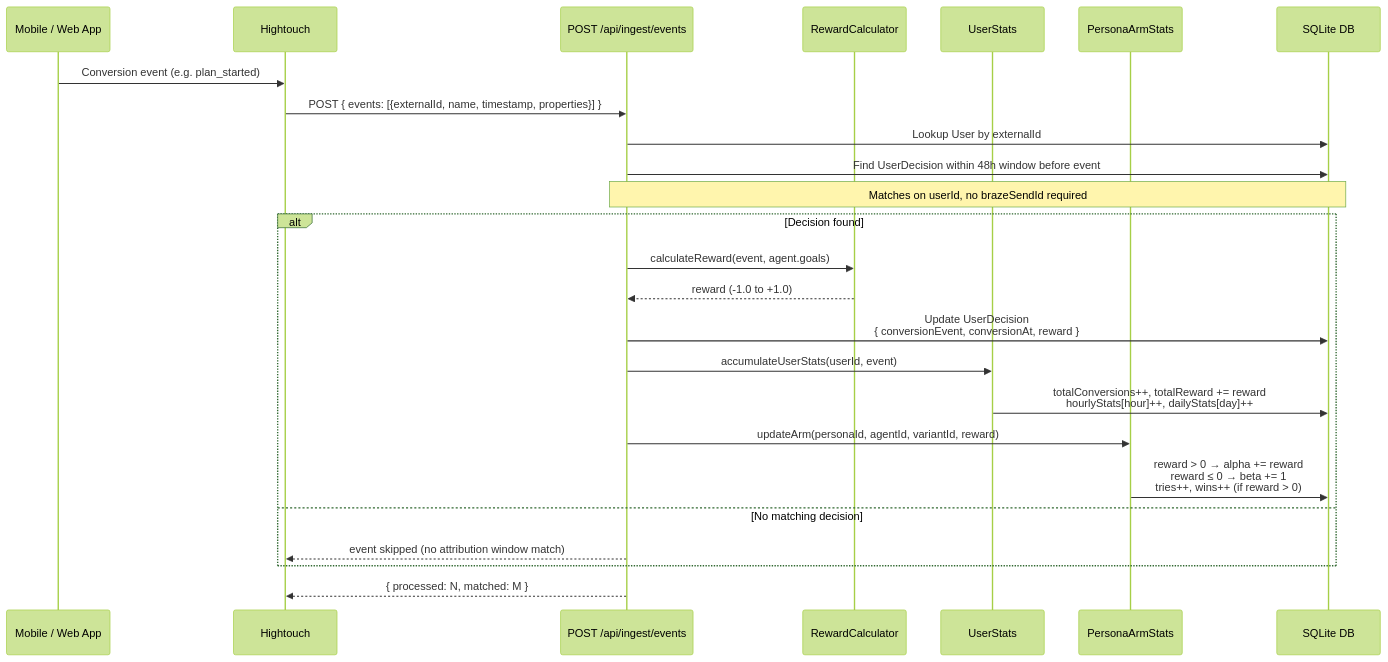
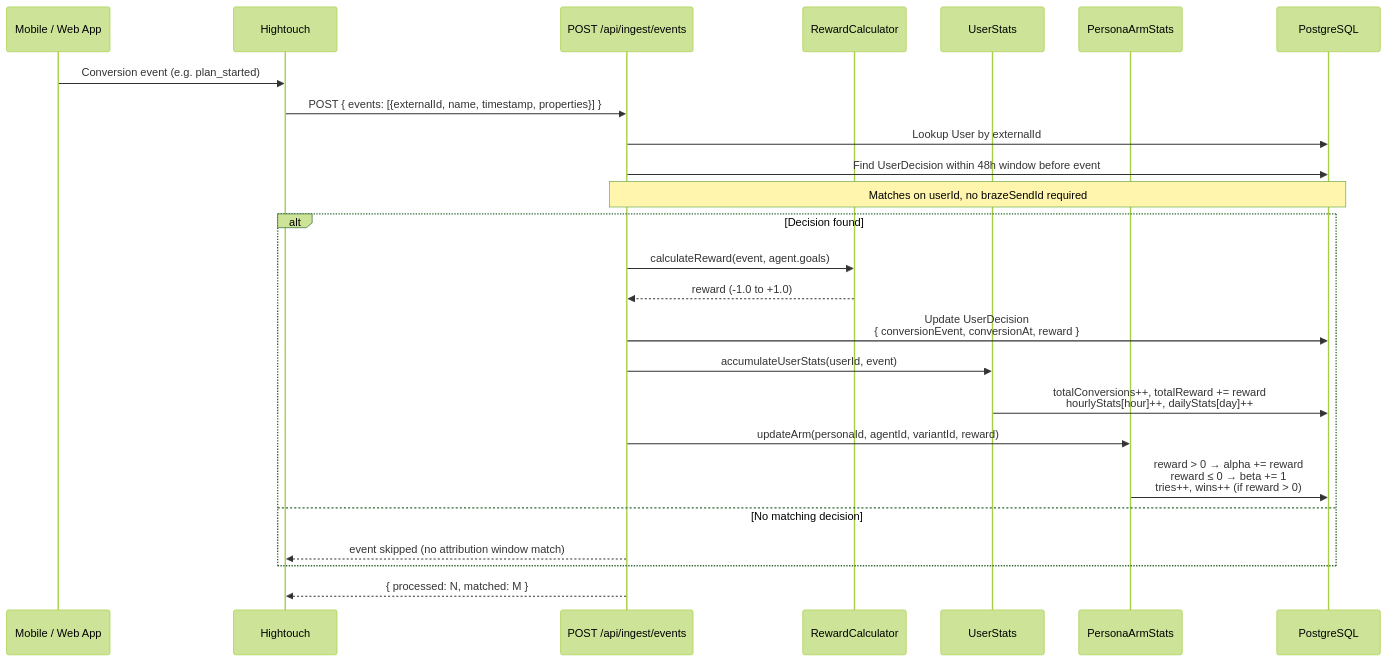
The second of 5 diagrams in docs/data-flows.md (ender1311/nexusAi), drawn with Mermaid (forest theme) before and after one commit. The commit also changed other lines of this file and 9 other files, not shown here.

First line of the commit message:
docs: update architecture docs for 10-dim feature vector and LinUCB

````diff
--- a/docs/data-flows.md
+++ b/docs/data-flows.md
@@ -27,33 +27,33 @@
 ```mermaid
 sequenceDiagram
     participant APP as Mobile / Web App
     participant HT as Hightouch
     participant API as POST /api/ingest/events
     participant RC as RewardCalculator
     participant US as UserStats
     participant ARM as PersonaArmStats
-    participant DB as SQLite DB
+    participant DB as PostgreSQL
 
     APP->>HT: Conversion event (e.g. plan_started)
     HT->>API: POST { events: [{externalId, name, timestamp, properties}] }
 
     API->>DB: Lookup User by externalId
     API->>DB: Find UserDecision within 48h window before event
     Note over API,DB: Matches on userId, no brazeSendId required
 
     alt Decision found
         API->>RC: calculateReward(event, agent.goals)
         RC-->>API: reward (-1.0 to +1.0)
 
         API->>DB: Update UserDecision<br/>{ conversionEvent, conversionAt, reward }
         API->>US: accumulateUserStats(userId, event)
         US->>DB: totalConversions++, totalReward += reward<br/>hourlyStats[hour]++, dailyStats[day]++
 
         API->>ARM: updateArm(personaId, agentId, variantId, reward)
         ARM->>DB: reward > 0 → alpha += reward<br/>reward ≤ 0 → beta += 1<br/>tries++, wins++ (if reward > 0)
     else No matching decision
         API-->>HT: event skipped (no attribution window match)
     end
 
     API-->>HT: { processed: N, matched: M }
 ```
````
